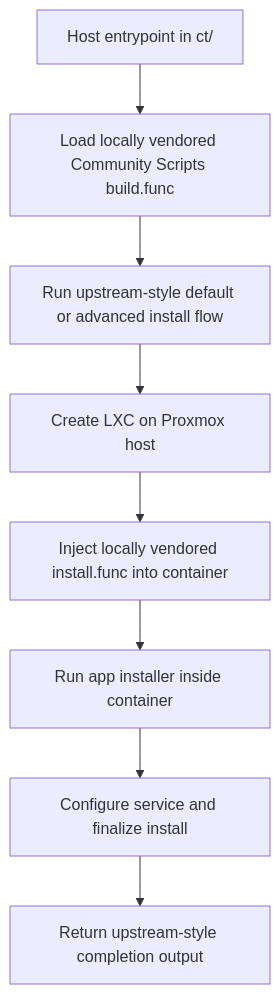
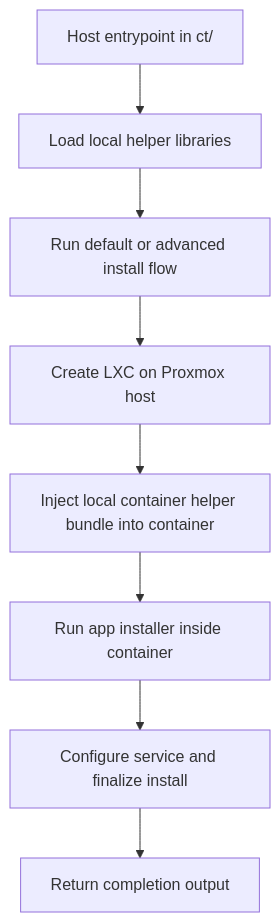
One commit to AKruimink/HomeLab changed the first of 2 diagrams in docs/proxmox-framework.md. Above: the diagram before and after it, drawn with Mermaid. The commit also changed other lines of this file and 14 other files, not shown here.

Commit message:
Replace vendored Proxmox helper stack

````diff
--- a/docs/proxmox-framework.md
+++ b/docs/proxmox-framework.md
@@ -31,10 +31,10 @@
 ```mermaid
 flowchart TD
-    A[Host entrypoint in ct/] --> B[Load locally vendored Community Scripts build.func]
-    B --> C[Run upstream-style default or advanced install flow]
+    A[Host entrypoint in ct/] --> B[Load local helper libraries]
+    B --> C[Run default or advanced install flow]
     C --> D[Create LXC on Proxmox host]
-    D --> E[Inject locally vendored install.func into container]
+    D --> E[Inject local container helper bundle into container]
     E --> F[Run app installer inside container]
     F --> G[Configure service and finalize install]
-    G --> H[Return upstream-style completion output]
+    G --> H[Return completion output]
 ```
````
